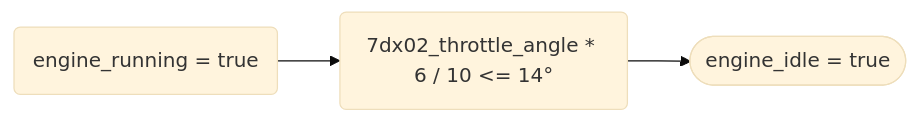
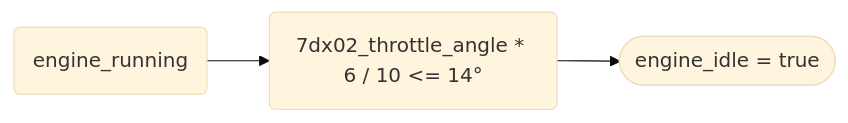
Before and after one commit to andrewdjackson/rosco: the fifth of 23 diagrams in README.md, drawn with Mermaid (base theme). The commit also changed other lines of this file, not shown here.

````diff
--- a/README.md
+++ b/README.md
@@ -63,5 +63,5 @@
 ```mermaid
 flowchart LR
-Running(engine_running = true) --> Metric
+Running(engine_running) --> Metric
 Metric("7dx02_throttle_angle * 6 / 10 <= 14&deg") --> Result([engine_idle = true])
 ```
````
